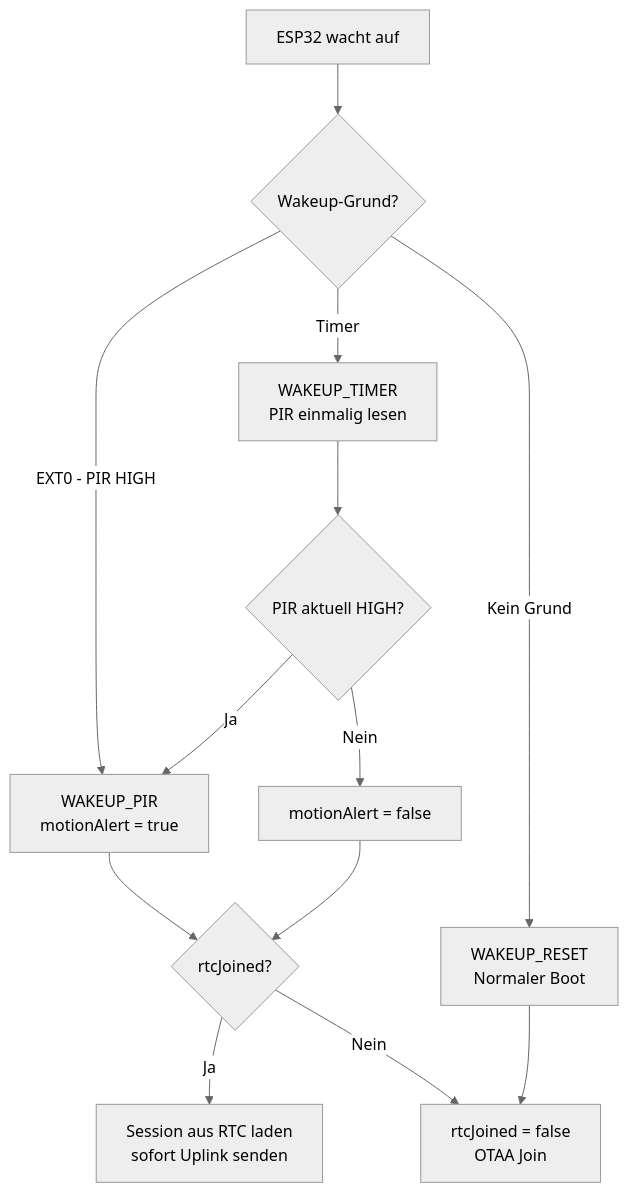
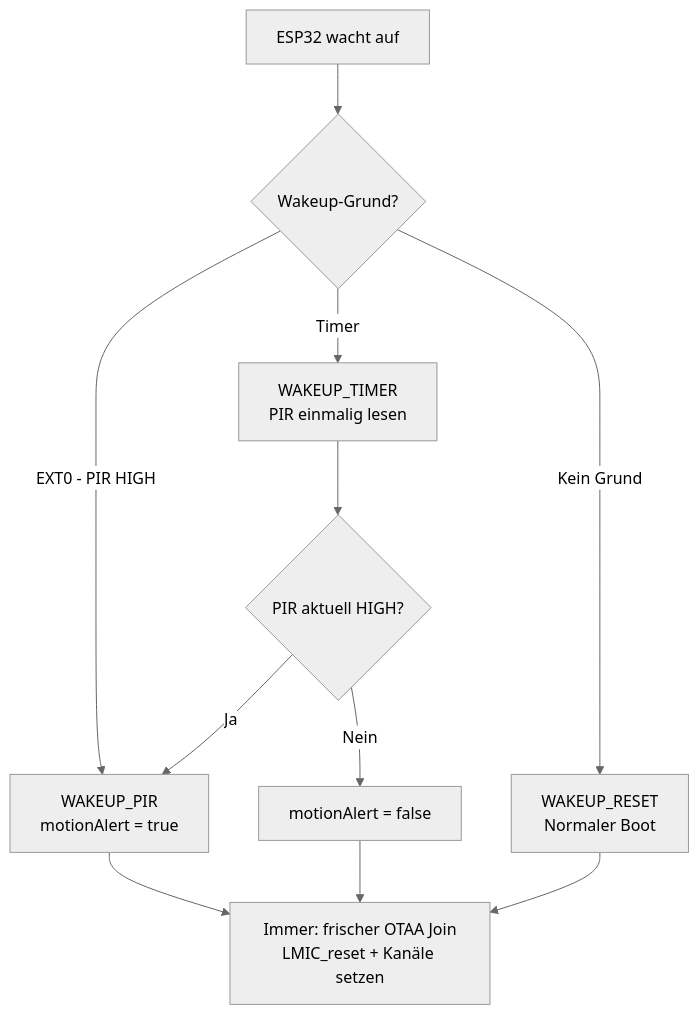
The second of 3 diagrams in docs/architecture/firmware-state-machine.md (Silverlode76/SmartGarden), drawn with Mermaid (neutral theme) before and after one commit. The commit also changed other lines of this file and 1 other file, not shown here.

First line of the commit message:
Guard v0.2: Rejoin after each sleep instead of RTC session restore (#1)

````diff
--- a/docs/architecture/firmware-state-machine.md
+++ b/docs/architecture/firmware-state-machine.md
@@ -47,19 +44,16 @@
 ```mermaid
 flowchart TD
     A[ESP32 wacht auf] --> B{Wakeup-Grund?}
 
     B -->|EXT0 - PIR HIGH| C[WAKEUP_PIR\nmotionAlert = true]
     B -->|Timer| D[WAKEUP_TIMER\nPIR einmalig lesen]
     B -->|Kein Grund| E[WAKEUP_RESET\nNormaler Boot]
 
     D --> F{PIR aktuell HIGH?}
     F -->|Ja| C
     F -->|Nein| G[motionAlert = false]
 
-    C --> H{rtcJoined?}
-    G --> H
-    E --> I[rtcJoined = false\nOTAA Join]
-
-    H -->|Ja| J[Session aus RTC laden\nsofort Uplink senden]
-    H -->|Nein| I
+    C --> I[Immer: frischer OTAA Join\nLMIC_reset + Kanäle setzen]
+    G --> I
+    E --> I
 ```
````
